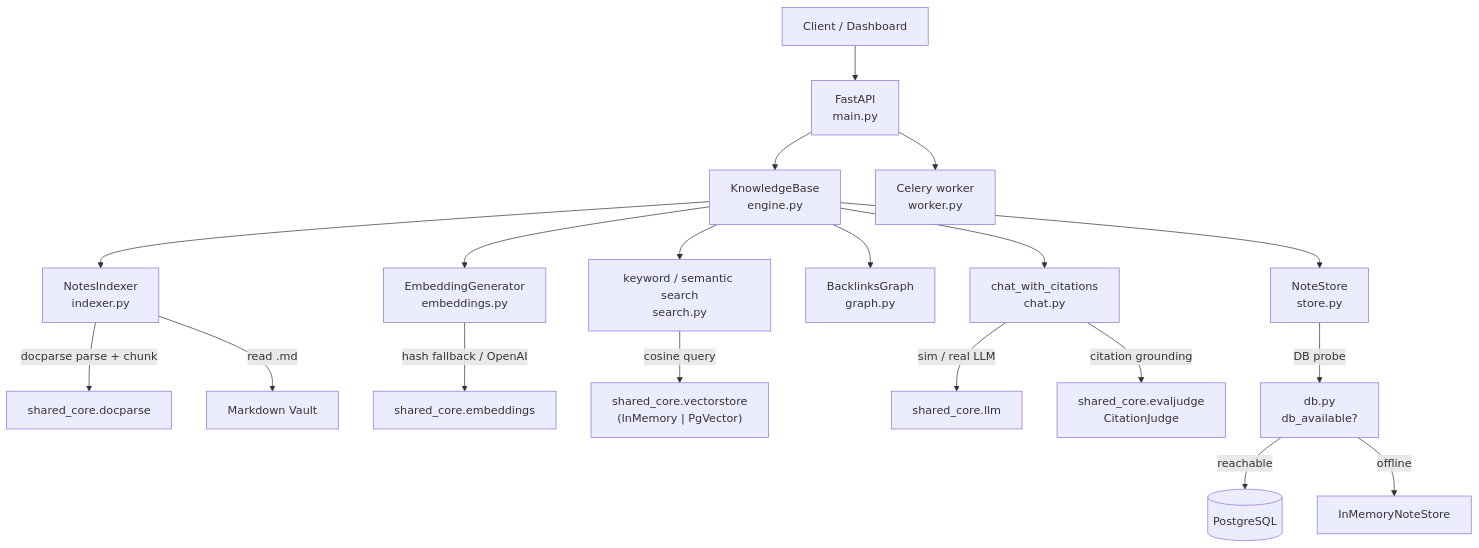
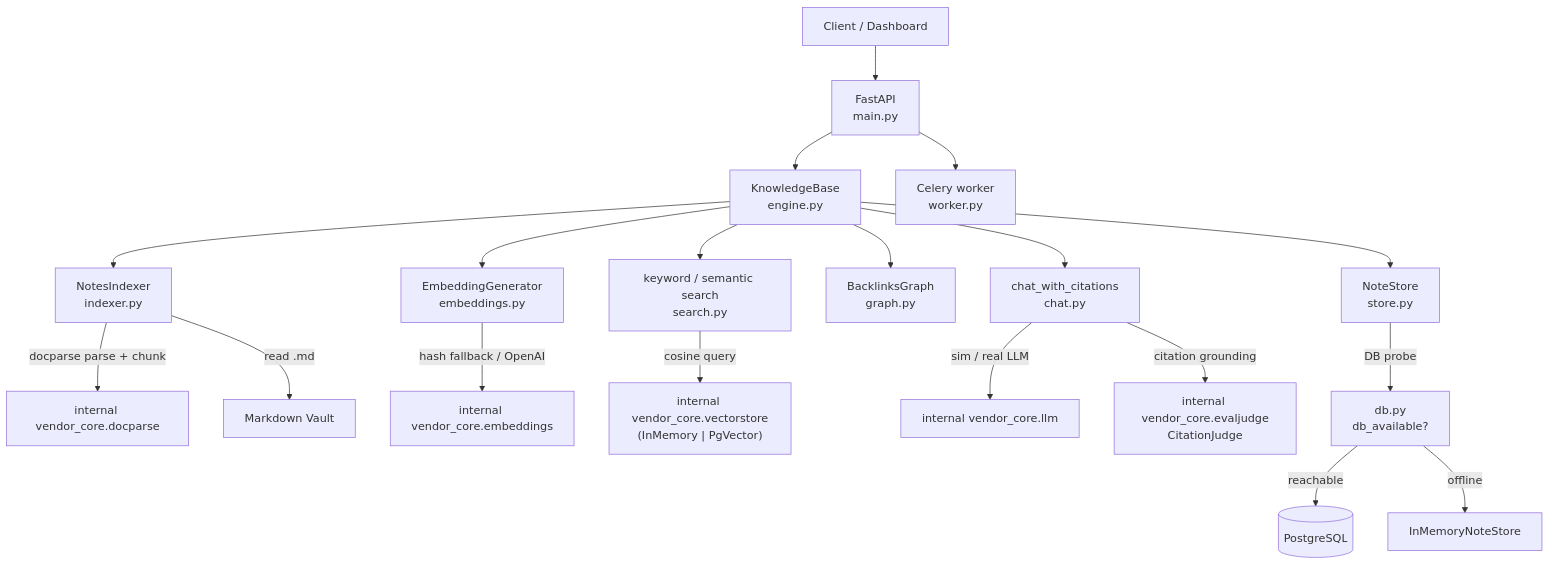
Before and after one commit to FishRaposo/personal-knowledge-base-os: the first of 3 diagrams in docs/architecture.md, drawn with Mermaid. The commit also changed other lines of this file and 48 other files, not shown here.

Commit message:
feat: vendor self-contained API compatibility core

````diff
--- a/docs/architecture.md
+++ b/docs/architecture.md
@@ -37,25 +37,25 @@
 ```mermaid
 graph TD
     Client["Client / Dashboard"] --> API["FastAPI<br/>main.py"]
     API --> Engine["KnowledgeBase<br/>engine.py"]
 
     Engine --> Indexer["NotesIndexer<br/>indexer.py"]
     Engine --> Embedder["EmbeddingGenerator<br/>embeddings.py"]
     Engine --> Search["keyword / semantic search<br/>search.py"]
     Engine --> Graph["BacklinksGraph<br/>graph.py"]
     Engine --> Chat["chat_with_citations<br/>chat.py"]
 
-    Indexer -->|"docparse parse + chunk"| SC1["shared_core.docparse"]
-    Embedder -->|"hash fallback / OpenAI"| SC2["shared_core.embeddings"]
-    Search -->|"cosine query"| VS["shared_core.vectorstore<br/>(InMemory | PgVector)"]
-    Chat -->|"sim / real LLM"| SC3["shared_core.llm"]
-    Chat -->|"citation grounding"| SC4["shared_core.evaljudge<br/>CitationJudge"]
+    Indexer -->|"docparse parse + chunk"| SC1["internal vendor_core.docparse"]
+    Embedder -->|"hash fallback / OpenAI"| SC2["internal vendor_core.embeddings"]
+    Search -->|"cosine query"| VS["internal vendor_core.vectorstore<br/>(InMemory | PgVector)"]
+    Chat -->|"sim / real LLM"| SC3["internal vendor_core.llm"]
+    Chat -->|"citation grounding"| SC4["internal vendor_core.evaljudge<br/>CitationJudge"]
 
     Engine --> Store["NoteStore<br/>store.py"]
     Store -->|"DB probe"| DB["db.py<br/>db_available?"]
     DB -->|reachable| PG[("PostgreSQL")]
     DB -->|offline| MEM["InMemoryNoteStore"]
 
     Indexer -->|read .md| FS["Markdown Vault"]
     API --> Worker["Celery worker<br/>worker.py"]
 ```
````
